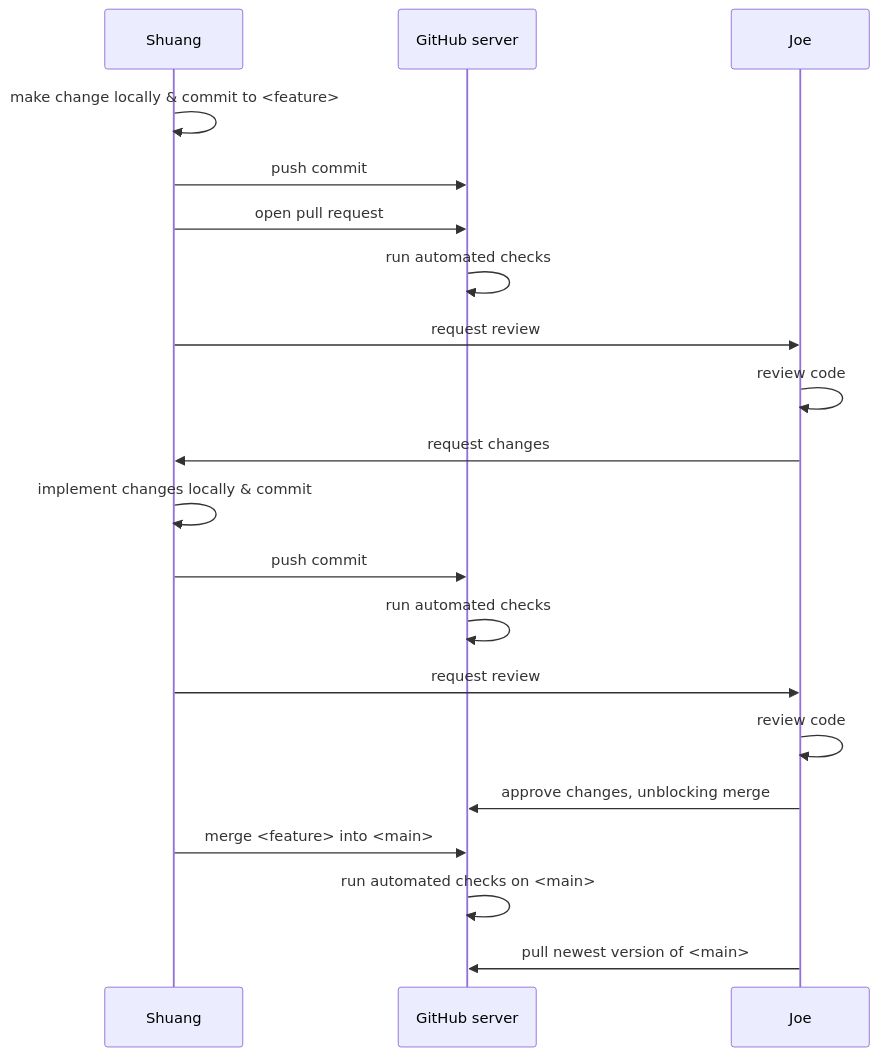
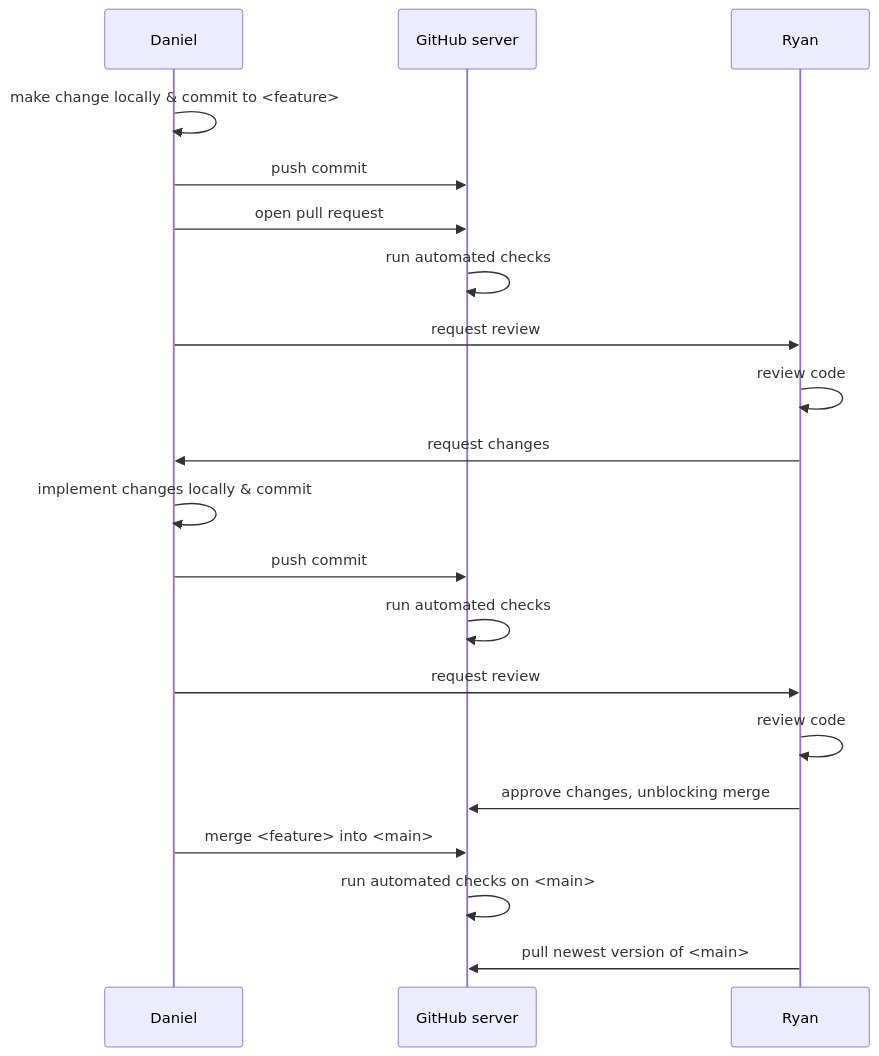
Before and after one commit to openpharma/workshop-r-swe-md: the sixth of 6 diagrams in slides/05_collaboration.qmd, drawn with Mermaid. The commit also changed other lines of this file and 1 other file, not shown here.

Commit message:
replace names

````diff
--- a/slides/05_collaboration.qmd
+++ b/slides/05_collaboration.qmd
@@ -322,22 +322,22 @@
 ```{mermaid}
 sequenceDiagram
-    participant S as Shuang
+    participant A as Daniel
     participant GH as GitHub server
-    participant J as Joe
-    S->>S: make change locally & commit to <feature>
-    S->>GH: push commit
-    S->>GH: open pull request
+    participant B as Ryan
+    A->>A: make change locally & commit to <feature>
+    A->>GH: push commit
+    A->>GH: open pull request
     GH->>GH: run automated checks
-    S->>J: request review
-    J->>J: review code
-    J->>S: request changes
-    S->>S: implement changes locally & commit
-    S->>GH: push commit
+    A->>B: request review
+    B->>B: review code
+    B->>A: request changes
+    A->>A: implement changes locally & commit
+    A->>GH: push commit
     GH->>GH: run automated checks
-    S->>J: request review
-    J->>J: review code
-    J->>GH: approve changes, unblocking merge
-    S->>GH: merge <feature> into <main>
+    A->>B: request review
+    B->>B: review code
+    B->>GH: approve changes, unblocking merge
+    A->>GH: merge <feature> into <main>
     GH->>GH: run automated checks on <main>
-    J->>GH: pull newest version of <main>
+    B->>GH: pull newest version of <main>
 ```
````
